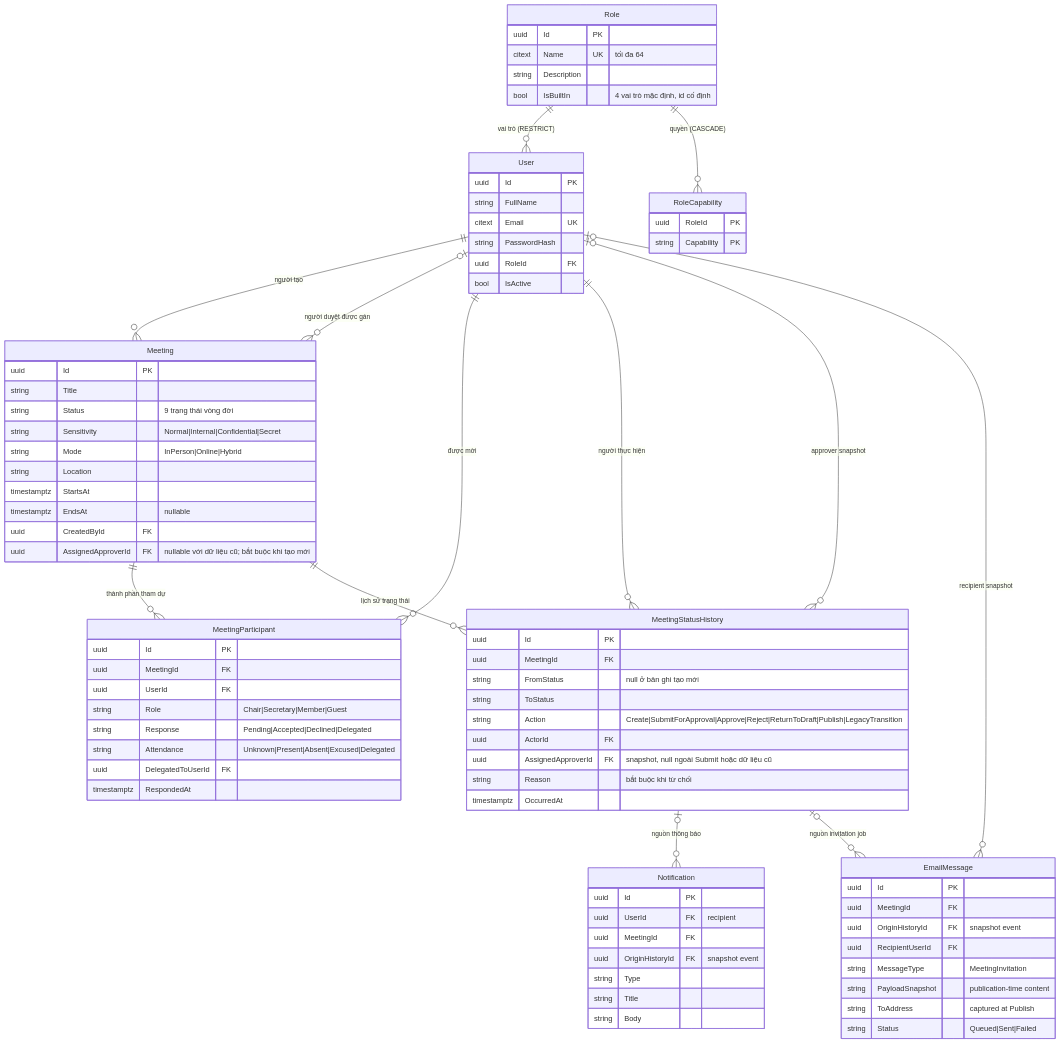
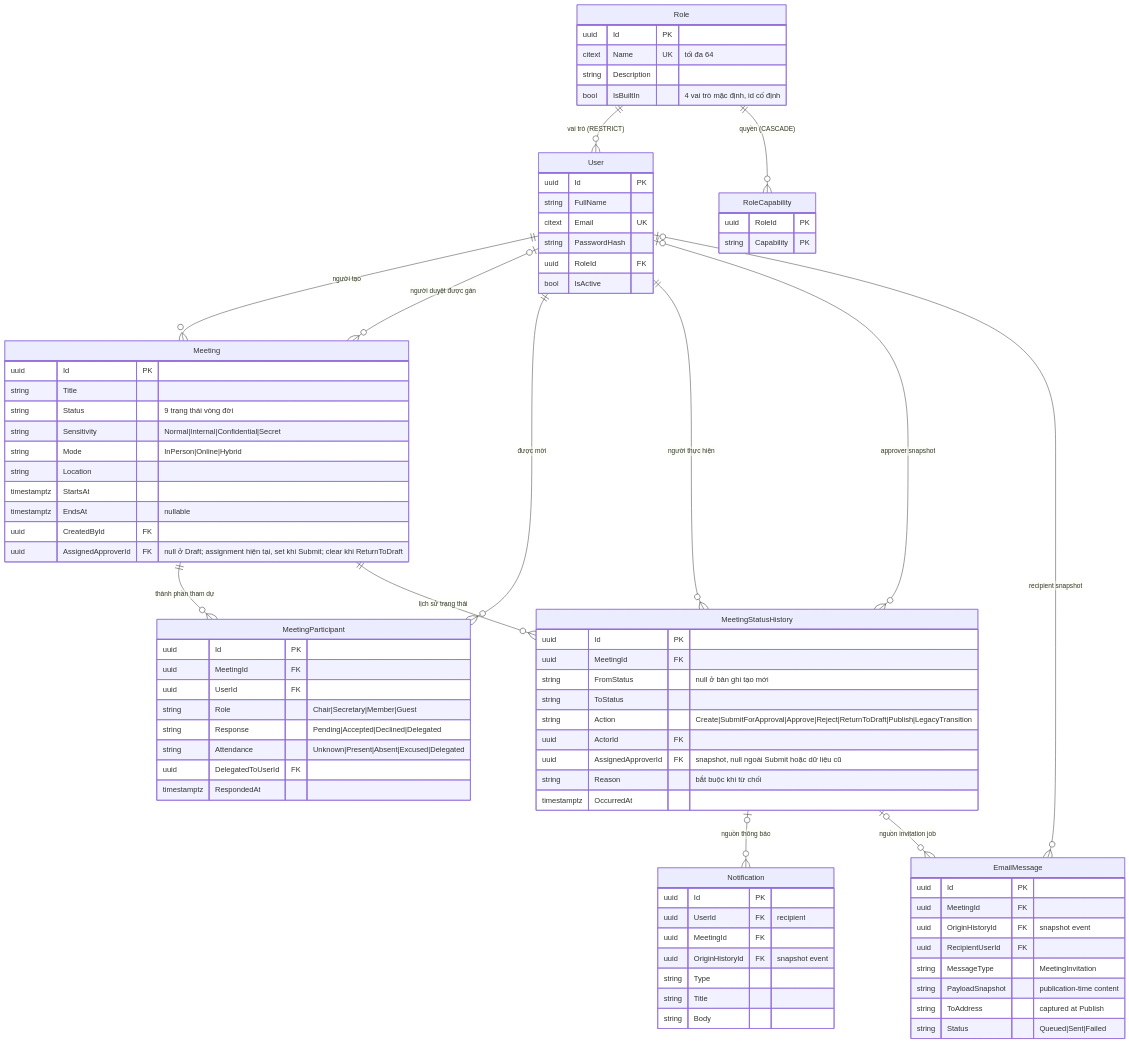
Before and after one commit to callmehai/FU-FA26-G116: the first of 5 diagrams in docs/02-design/02-erd.md, drawn with Mermaid. The commit also changed 20 other files, not shown here.

First line of the commit message:
Clear draft approver assignment and read policy

```diff
--- a/docs/02-design/02-erd.md
+++ b/docs/02-design/02-erd.md
@@ -77,7 +77,7 @@
         timestamptz StartsAt
         timestamptz EndsAt "nullable"
         uuid CreatedById FK
-        uuid AssignedApproverId FK "nullable với dữ liệu cũ; bắt buộc khi tạo mới"
+        uuid AssignedApproverId FK "null ở Draft; assignment hiện tại, set khi Submit; clear khi ReturnToDraft"
     }
     MeetingParticipant {
         uuid Id PK
```
